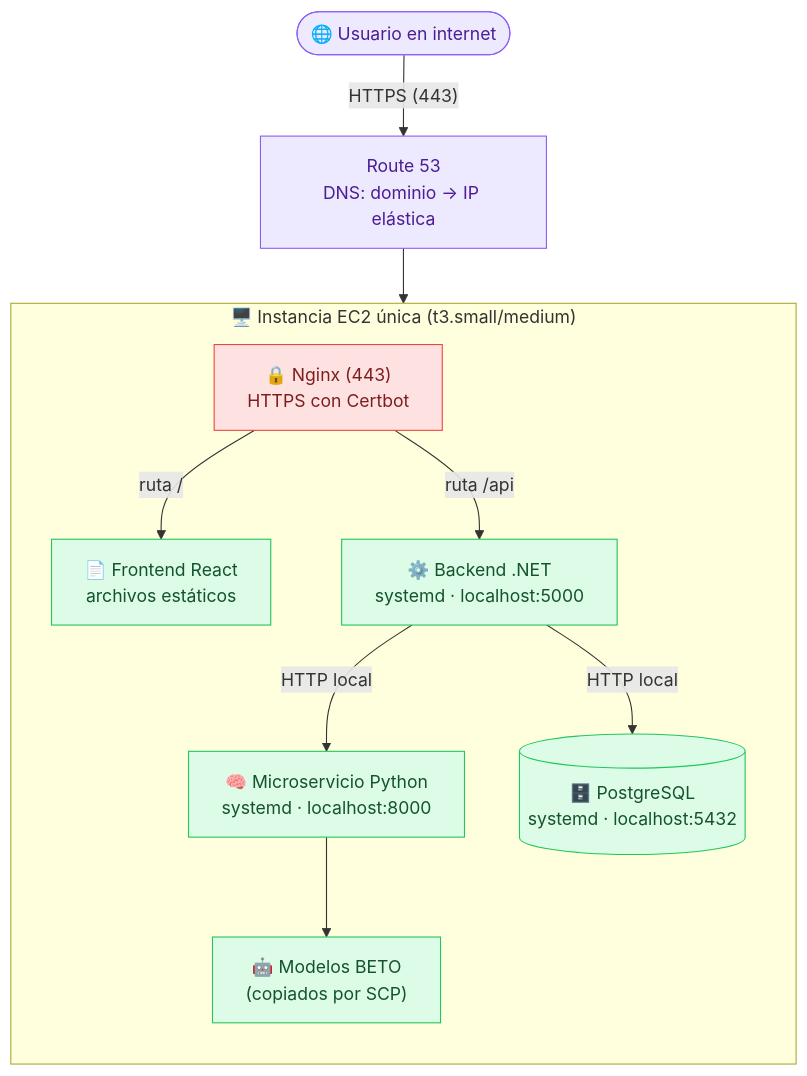
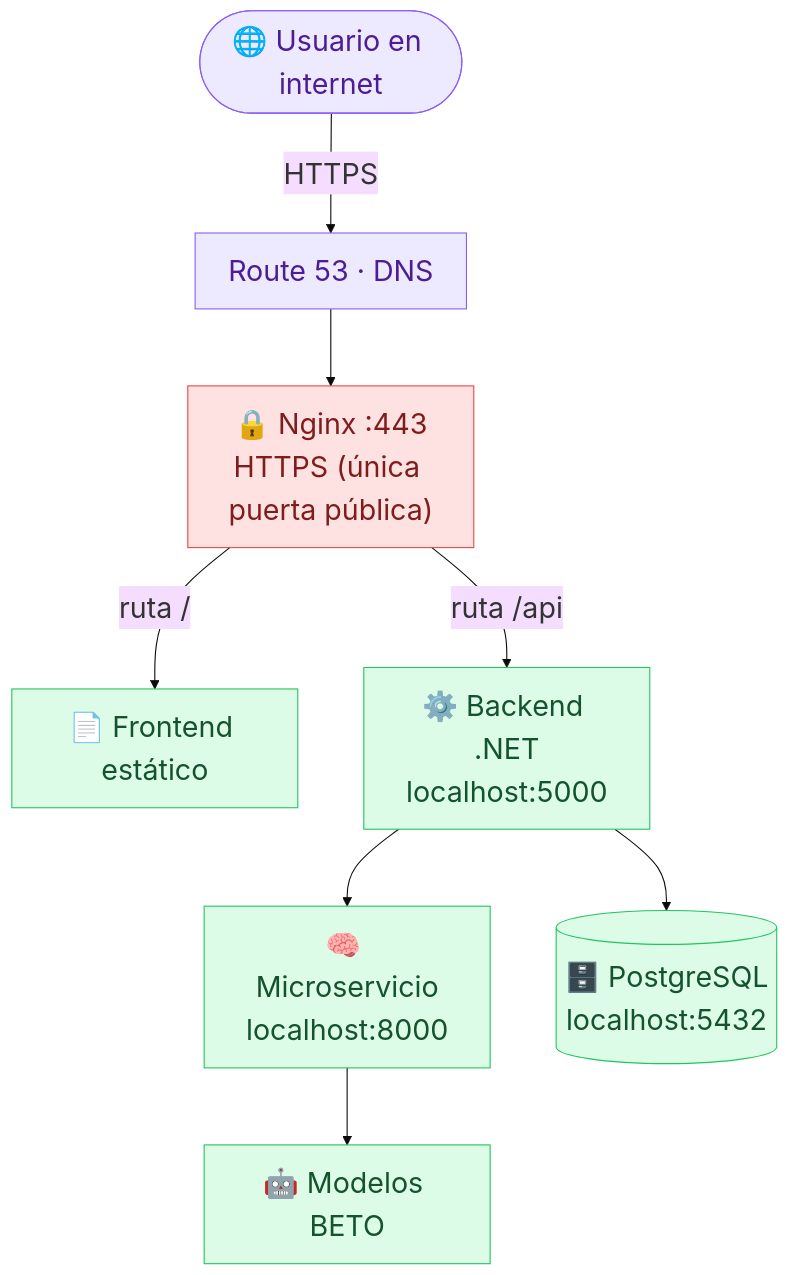
Before and after one commit to alexisherrera09/sirec: the third of 3 diagrams in README.md, drawn with Mermaid. The commit also changed other lines of this file, not shown here.

First line of the commit message:
README: diagramas mas grandes y legibles

````diff
--- a/README.md
+++ b/README.md
@@ -278,22 +260,18 @@
 ```mermaid
-flowchart TB
-    User([🌐 Usuario en internet]) -->|"HTTPS (443)"| R53["Route 53<br/>DNS: dominio → IP elástica"]
-    R53 --> NGINX
-
-    subgraph EC2["🖥️ Instancia EC2 única (t3.small/medium)"]
-        direction TB
-        NGINX["🔒 Nginx (443)<br/>HTTPS con Certbot"]
-        NGINX -->|"ruta /"| STATIC["📄 Frontend React<br/>archivos estáticos"]
-        NGINX -->|"ruta /api"| NET["⚙️ Backend .NET<br/>systemd · localhost:5000"]
-        NET -->|"HTTP local"| PY["🧠 Microservicio Python<br/>systemd · localhost:8000"]
-        PY --> M["🤖 Modelos BETO<br/>(copiados por SCP)"]
-        NET -->|"HTTP local"| PG[("🗄️ PostgreSQL<br/>systemd · localhost:5432")]
-    end
+%%{init: {'theme':'base', 'themeVariables': {'fontSize':'26px'}, 'flowchart': {'nodeSpacing':60, 'rankSpacing':70}}}%%
+flowchart TD
+    User([🌐 Usuario en internet]) -->|"HTTPS"| R53["Route 53 · DNS"]
+    R53 --> NGINX["🔒 Nginx :443<br/>HTTPS (única puerta pública)"]
+    NGINX -->|"ruta /"| STATIC["📄 Frontend estático"]
+    NGINX -->|"ruta /api"| NET["⚙️ Backend .NET<br/>localhost:5000"]
+    NET --> PY["🧠 Microservicio<br/>localhost:8000"]
+    PY --> M["🤖 Modelos BETO"]
+    NET --> PG[("🗄️ PostgreSQL<br/>localhost:5432")]
 
     classDef ext fill:#ede9fe,stroke:#8b5cf6,color:#4c1d95;
     classDef edge fill:#fee2e2,stroke:#ef4444,color:#7f1d1d;
     classDef svc fill:#dcfce7,stroke:#22c55e,color:#14532d;
     class User,R53 ext;
     class NGINX edge;
     class STATIC,NET,PY,PG,M svc;
 ```
````
